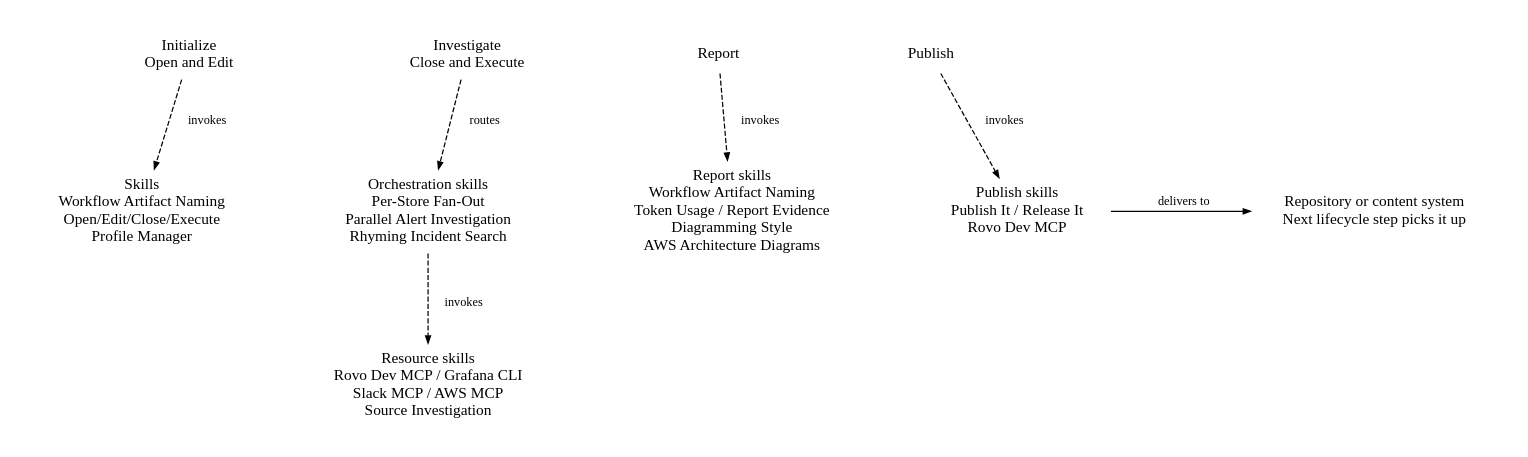
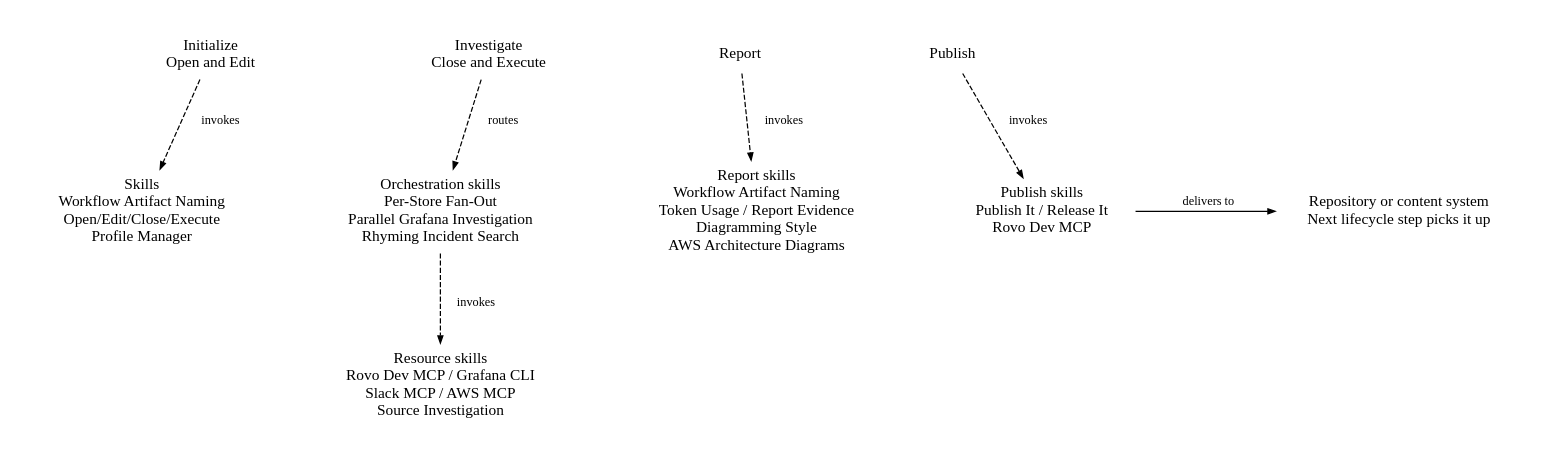
Before and after one commit to orenlion1/investigation-skills: the diagram in diagrams/DIAGRAM-investigation-skill-routing.dot, drawn with Graphviz. The commit also changed 32 other files, not shown here.

Commit message:
feat: generalize parallel investigations to all Grafana queries (#66)

```diff
--- a/diagrams/DIAGRAM-investigation-skill-routing.dot
+++ b/diagrams/DIAGRAM-investigation-skill-routing.dot
@@ -1,35 +1,35 @@
 // Independent skill routes; peer placement is not an execution-order edge.
 // Coverage manifest, checked by scripts/check-docs-drift.py against the root routing table:
 // workflow-artifact-naming, open-edit-close-execute, profile-manager, token-usage,
 // diagramming-style, report-evidence, source-investigation, publish-it, rovo-dev-mcp,
 // aws-mcp, aws-architecture-diagrams, gcx-cli, slack-mcp, rhyming-incident-search,
-// per-store-fan-out, parallel-alert-investigation, release-it.
+// per-store-fan-out, parallel-grafana-investigation, release-it.
 // Activity labels carry the Open/Edit/Close/Execute mode they run in, matching
 // the lifecycle view. Dashed edges invoke or route; the solid edge delivers.
 digraph InvestigationSkillRouting {
   graph [rankdir=TB, margin=0, pad=0.3, nodesep=0.85, ranksep=0.9,
          fontname="Trebuchet MS", fontsize=15, splines=polyline];
   node [shape=plaintext, fontname="Trebuchet MS", fontsize=15, margin="0.25,0.10"];
   edge [fontname="Trebuchet MS", fontsize=12, arrowsize=0.7, penwidth=1.2];
 
   initialize [label="Initialize\nOpen and Edit"];
   investigate [label="Investigate\nClose and Execute"];
   report [label="Report"];
   publish [label="Publish"];
   setup_skills [label="Skills\nWorkflow Artifact Naming\nOpen/Edit/Close/Execute\nProfile Manager"];
-  orchestration_skills [label="Orchestration skills\nPer-Store Fan-Out\nParallel Alert Investigation\nRhyming Incident Search"];
+  orchestration_skills [label="Orchestration skills\nPer-Store Fan-Out\nParallel Grafana Investigation\nRhyming Incident Search"];
   resource_skills [label="Resource skills\nRovo Dev MCP / Grafana CLI\nSlack MCP / AWS MCP\nSource Investigation"];
   report_skills [label="Report skills\nWorkflow Artifact Naming\nToken Usage / Report Evidence\nDiagramming Style\nAWS Architecture Diagrams"];
   publish_skills [label="Publish skills\nPublish It / Release It\nRovo Dev MCP"];
   destination [label="Repository or content system\nNext lifecycle step picks it up"];
 
   { rank=same; initialize; investigate; report; publish; }
   { rank=same; setup_skills; orchestration_skills; report_skills; publish_skills; destination; }
   initialize -> investigate -> report -> publish [style=invis, weight=100];
   initialize -> setup_skills [label=<<TABLE BORDER="0" CELLBORDER="0" CELLSPACING="0" CELLPADDING="0"><TR><TD WIDTH="16"></TD><TD>invokes</TD></TR></TABLE>>, style=dashed];
   investigate -> orchestration_skills [label=<<TABLE BORDER="0" CELLBORDER="0" CELLSPACING="0" CELLPADDING="0"><TR><TD WIDTH="16"></TD><TD>routes</TD></TR></TABLE>>, style=dashed];
   orchestration_skills -> resource_skills [label=<<TABLE BORDER="0" CELLBORDER="0" CELLSPACING="0" CELLPADDING="0"><TR><TD WIDTH="16"></TD><TD>invokes</TD></TR></TABLE>>, style=dashed];
   report -> report_skills [label=<<TABLE BORDER="0" CELLBORDER="0" CELLSPACING="0" CELLPADDING="0"><TR><TD WIDTH="16"></TD><TD>invokes</TD></TR></TABLE>>, style=dashed];
   publish -> publish_skills [label=<<TABLE BORDER="0" CELLBORDER="0" CELLSPACING="0" CELLPADDING="0"><TR><TD WIDTH="16"></TD><TD>invokes</TD></TR></TABLE>>, style=dashed];
   publish_skills -> destination [label=<<TABLE BORDER="0" CELLBORDER="0" CELLSPACING="0" CELLPADDING="0"><TR><TD WIDTH="16"></TD><TD>delivers to</TD></TR></TABLE>>];
 }
```
